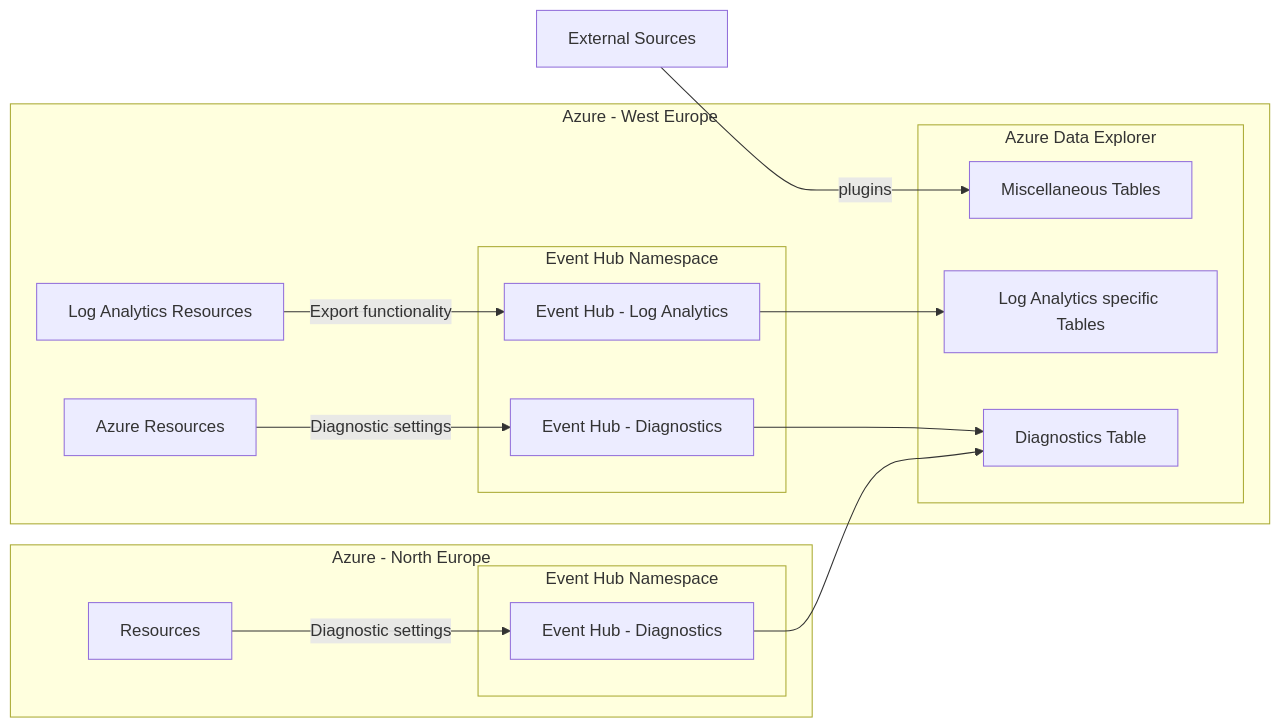
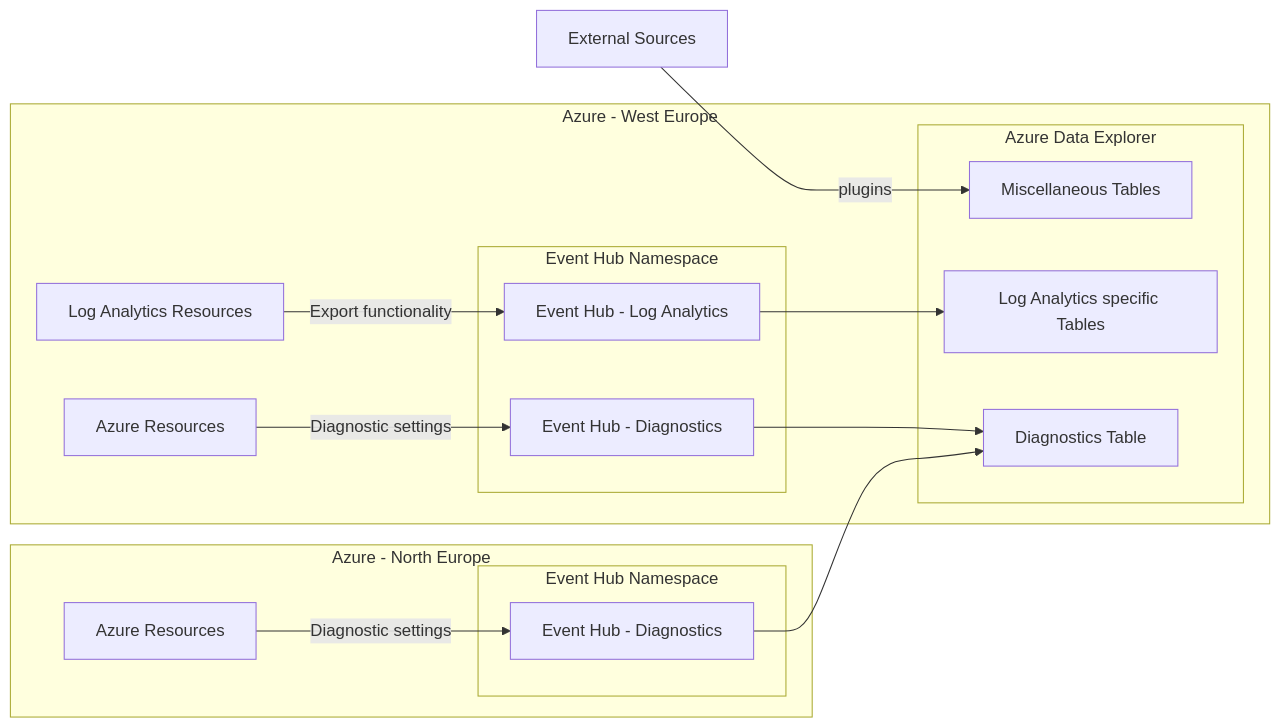
One commit to erwinkramer/kusto-event-hub-law changed the diagram in README.md. Above: the diagram before and after it, drawn with Mermaid.

Commit message:
add azure resources

````diff
--- a/README.md
+++ b/README.md
@@ -24,37 +24,37 @@
 ```mermaid
 flowchart LR
 
 ext[External Sources]
 ext -- plugins --> misctable
 
 subgraph Azure - West Europe
     reslaweu[Log Analytics Resources]
     resweu[Azure Resources]
 
     subgraph Event Hub Namespace
         evhlaweu[Event Hub - Log Analytics]
         evhdiweu[Event Hub - Diagnostics]
     end
 
     
     subgraph Azure Data Explorer
         lawtable[Log Analytics specific Tables]
         diagtable[Diagnostics Table]
         misctable[Miscellaneous Tables]
     end
 
     reslaweu--Export functionality-->evhlaweu-->lawtable
 
     resweu--Diagnostic settings-->evhdiweu-->diagtable
 end
     
 subgraph Azure - North Europe
-    resneu[Resources]
+    resneu[Azure Resources]
 
     subgraph Event Hub Namespace
         evhdineu[Event Hub - Diagnostics]
     end
 
     resneu--Diagnostic settings-->evhdineu-->diagtable
 end
 ```
````
